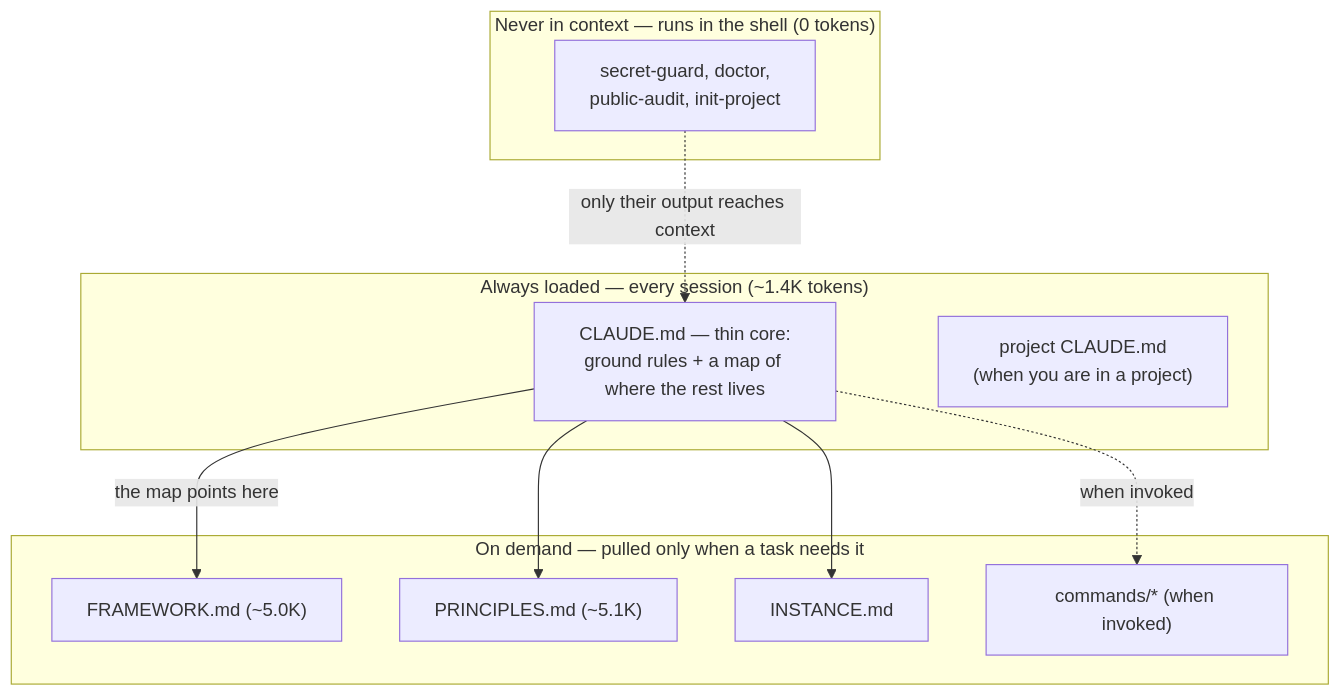
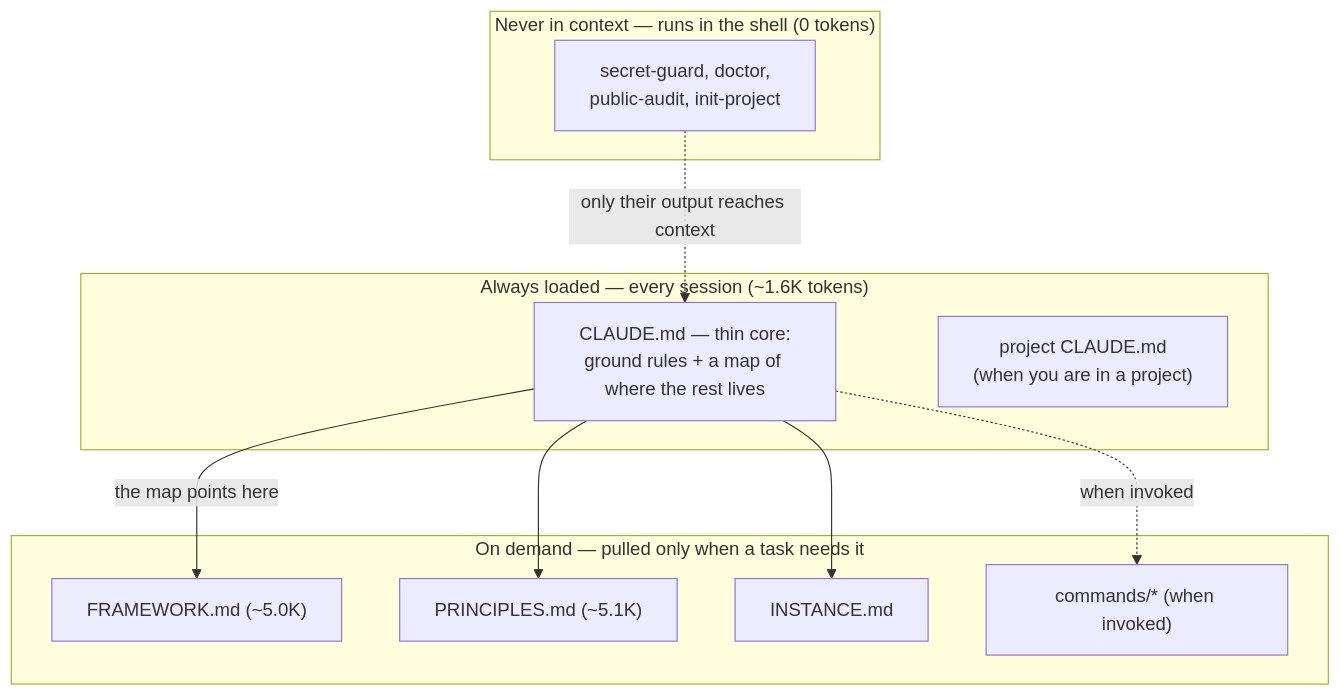
The diagram in README.md (rockerlabs/keel), drawn with Mermaid before and after one commit. The commit also changed 3 other files, not shown here.

````diff
--- a/README.md
+++ b/README.md
@@ -120,21 +120,21 @@
 ```mermaid
 flowchart TD
-    subgraph always["Always loaded — every session (~1.4K tokens)"]
+    subgraph always["Always loaded — every session (~1.6K tokens)"]
         core["CLAUDE.md — thin core:<br/>ground rules + a map of where the rest lives"]
         proj["project CLAUDE.md<br/>(when you are in a project)"]
     end
     subgraph demand["On demand — pulled only when a task needs it"]
         fw["FRAMEWORK.md (~5.0K)"]
         prin["PRINCIPLES.md (~5.1K)"]
         inst["INSTANCE.md"]
         cmd["commands/* (when invoked)"]
     end
     subgraph never["Never in context — runs in the shell (0 tokens)"]
         tools["secret-guard, doctor,<br/>public-audit, init-project"]
     end
     core -->|the map points here| fw
     core --> prin
     core --> inst
     core -.->|when invoked| cmd
     tools -.->|only their output reaches context| core
 ```
````
